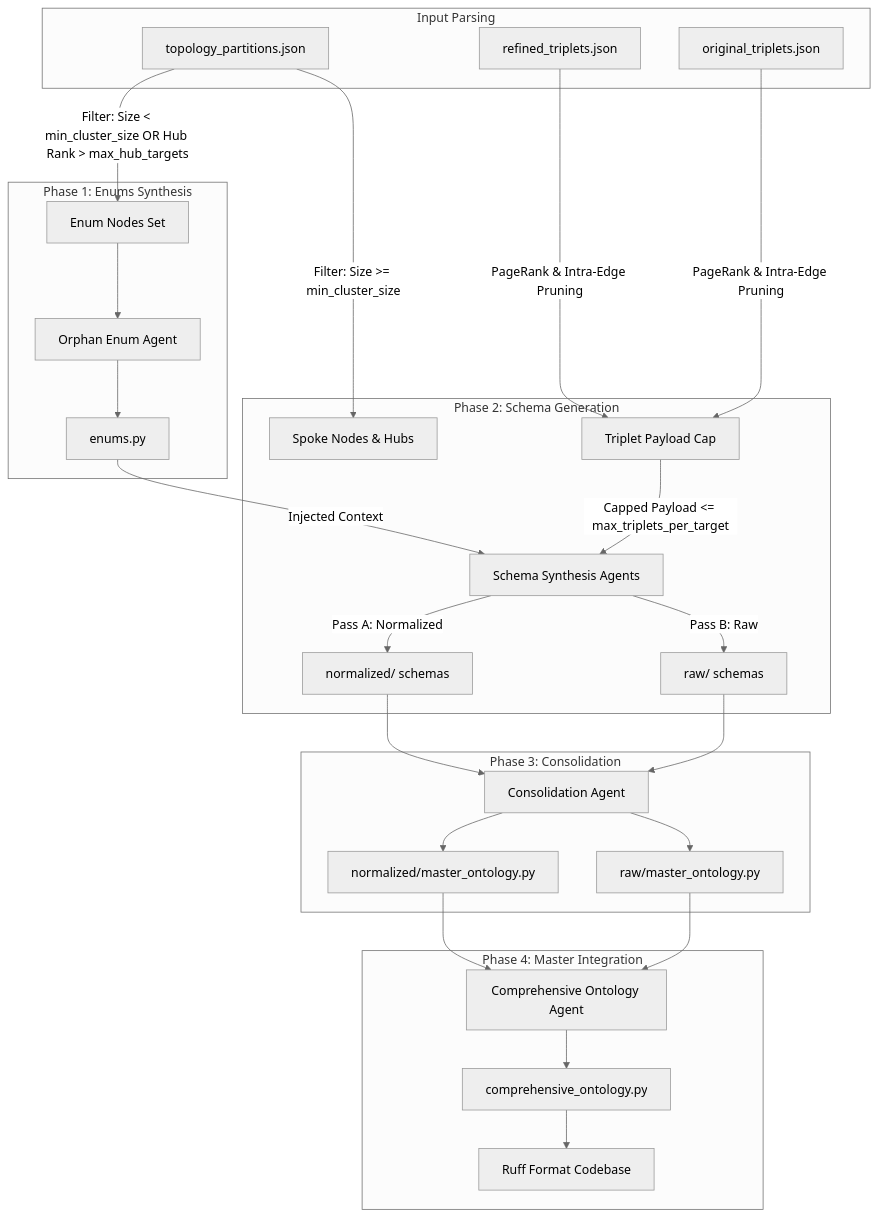
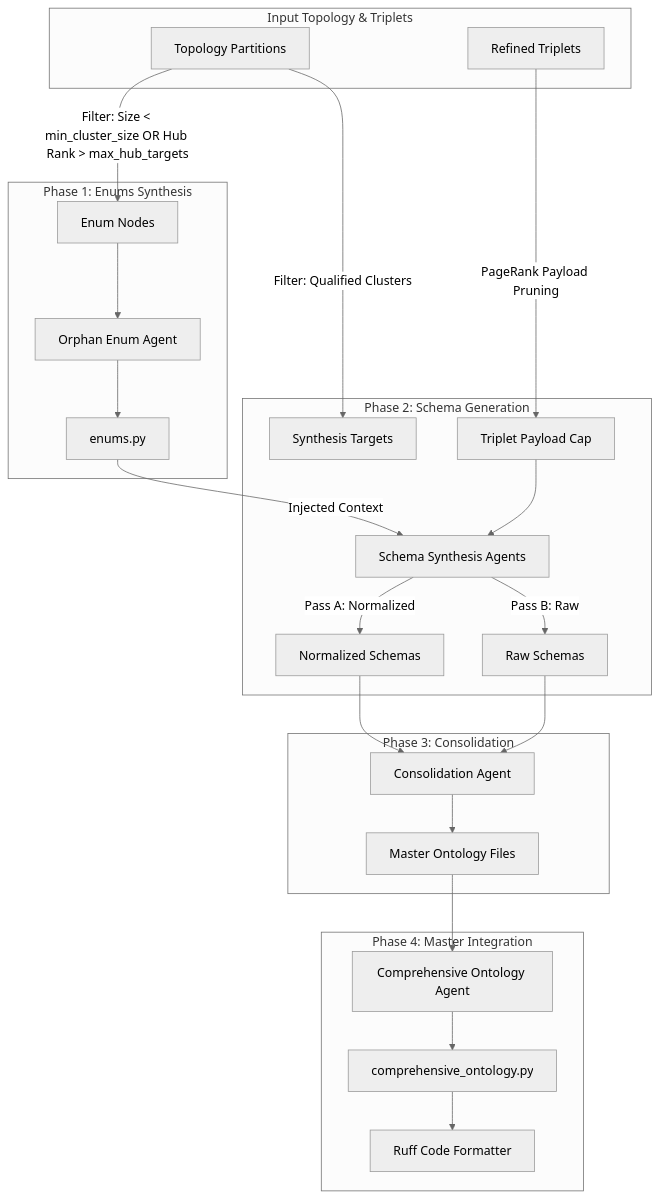
Before and after one commit to childmindresearch/SemanticPrism: the third of 3 diagrams in README.md, drawn with Mermaid (neutral theme). The commit also changed other lines of this file and 15 other files, not shown here.

````diff
--- a/README.md
+++ b/README.md
@@ -193,40 +111,36 @@
 ```mermaid
 graph TD
-    subgraph input_parsing ["Input Parsing"]
-        S3_JSON["topology_partitions.json"]
-        Norm_Triplets["refined_triplets.json"]
-        Raw_Triplets["original_triplets.json"]
+    subgraph input_parsing ["Input Topology & Triplets"]
+        S3_JSON["Topology Partitions"]
+        Norm_Triplets["Refined Triplets"]
     end
 
     subgraph phase1 ["Phase 1: Enums Synthesis"]
-        S3_JSON -->|"Filter: Size < min_cluster_size OR Hub Rank > max_hub_targets"| EnumNodes["Enum Nodes Set"]
+        S3_JSON -->|"Filter: Size < min_cluster_size OR Hub Rank > max_hub_targets"| EnumNodes["Enum Nodes"]
         EnumNodes --> EnumLLM["Orphan Enum Agent"]
         EnumLLM --> EnumsPy["enums.py"]
     end
 
     subgraph phase2 ["Phase 2: Schema Generation"]
-        S3_JSON -->|"Filter: Size >= min_cluster_size"| SpokeNodes["Spoke Nodes & Hubs"]
-        Norm_Triplets -->|"PageRank & Intra-Edge Pruning"| Pruning["Triplet Payload Cap"]
-        Raw_Triplets -->|"PageRank & Intra-Edge Pruning"| Pruning
+        S3_JSON -->|"Filter: Qualified Clusters"| SpokeNodes["Synthesis Targets"]
+        Norm_Triplets -->|"PageRank Payload Pruning"| Pruning["Triplet Payload Cap"]
         
-        Pruning -->|"Capped Payload <= max_triplets_per_target"| SchemaLLM["Schema Synthesis Agents"]
+        Pruning --> SchemaLLM["Schema Synthesis Agents"]
         EnumsPy -->|"Injected Context"| SchemaLLM
         
-        SchemaLLM -->|"Pass A: Normalized"| NormSchemas["normalized/ schemas"]
-        SchemaLLM -->|"Pass B: Raw"| RawSchemas["raw/ schemas"]
+        SchemaLLM -->|"Pass A: Normalized"| NormSchemas["Normalized Schemas"]
+        SchemaLLM -->|"Pass B: Raw"| RawSchemas["Raw Schemas"]
     end
 
     subgraph phase3 ["Phase 3: Consolidation"]
         NormSchemas --> ConsolLLM["Consolidation Agent"]
         RawSchemas --> ConsolLLM
-        ConsolLLM --> MasterNorm["normalized/master_ontology.py"]
-        ConsolLLM --> MasterRaw["raw/master_ontology.py"]
+        ConsolLLM --> MasterNorm["Master Ontology Files"]
     end
 
     subgraph phase4 ["Phase 4: Master Integration"]
         MasterNorm --> FinalLLM["Comprehensive Ontology Agent"]
-        MasterRaw --> FinalLLM
         FinalLLM --> CompOnt["comprehensive_ontology.py"]
-        CompOnt --> Ruff["Ruff Format Codebase"]
+        CompOnt --> Ruff["Ruff Code Formatter"]
     end
 ```
````
